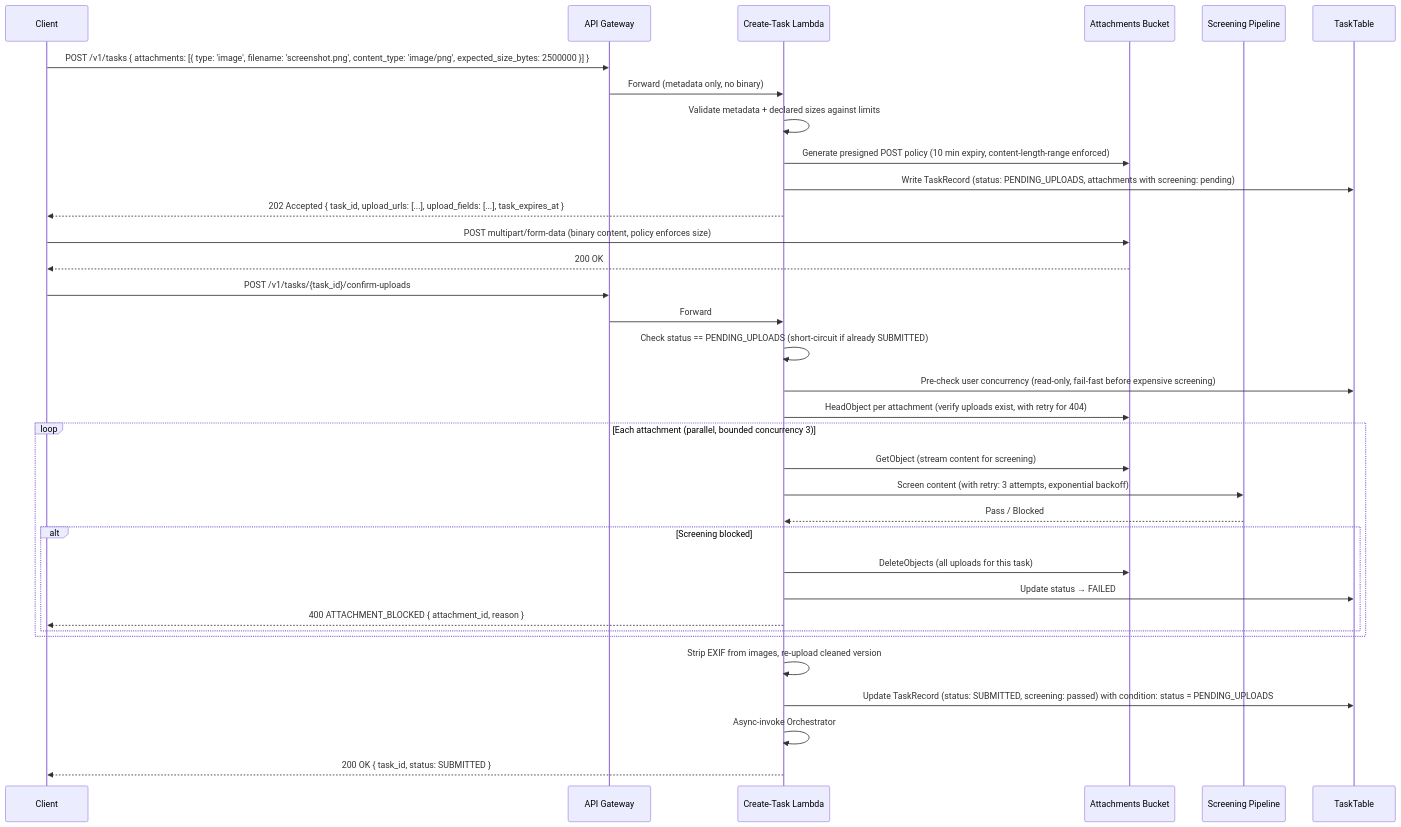
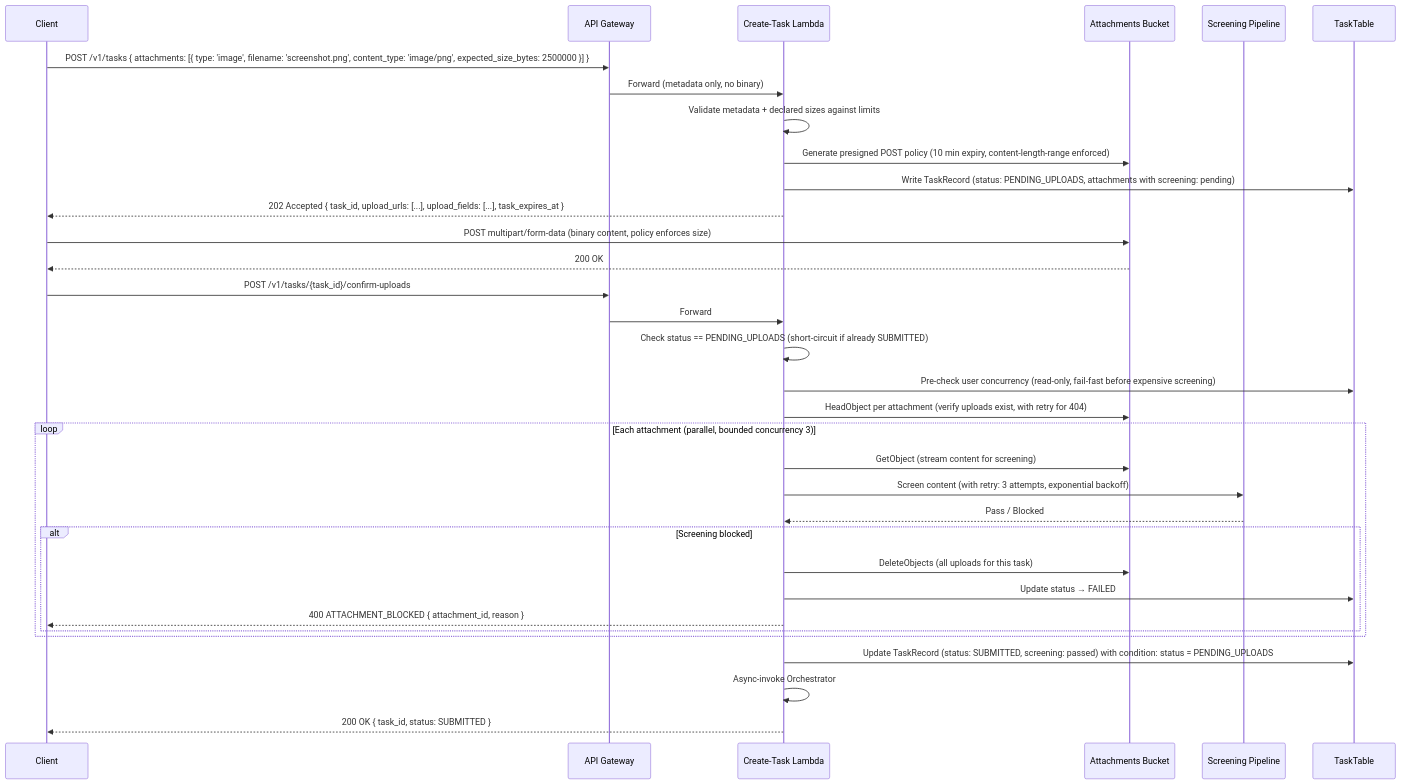
The first of 6 diagrams in docs/design/ATTACHMENTS.md (aws-samples/sample-autonomous-cloud-coding-agents), drawn with Mermaid before and after one commit. The commit also changed other lines of this file and 25 other files, not shown here.

````diff
--- a/docs/design/ATTACHMENTS.md
+++ b/docs/design/ATTACHMENTS.md
@@ -213,39 +213,38 @@
 ```mermaid
 sequenceDiagram
     participant C as Client
     participant GW as API Gateway
     participant H as Create-Task Lambda
     participant S3 as Attachments Bucket
     participant SCR as Screening Pipeline
     participant DB as TaskTable
 
     C->>GW: POST /v1/tasks { attachments: [{ type: 'image', filename: 'screenshot.png', content_type: 'image/png', expected_size_bytes: 2500000 }] }
     GW->>H: Forward (metadata only, no binary)
     H->>H: Validate metadata + declared sizes against limits
     H->>S3: Generate presigned POST policy (10 min expiry, content-length-range enforced)
     H->>DB: Write TaskRecord (status: PENDING_UPLOADS, attachments with screening: pending)
     H-->>C: 202 Accepted { task_id, upload_urls: [...], upload_fields: [...], task_expires_at }
 
     C->>S3: POST multipart/form-data (binary content, policy enforces size)
     S3-->>C: 200 OK
 
     C->>GW: POST /v1/tasks/{task_id}/confirm-uploads
     GW->>H: Forward
     H->>H: Check status == PENDING_UPLOADS (short-circuit if already SUBMITTED)
     H->>DB: Pre-check user concurrency (read-only, fail-fast before expensive screening)
     H->>S3: HeadObject per attachment (verify uploads exist, with retry for 404)
     loop Each attachment (parallel, bounded concurrency 3)
         H->>S3: GetObject (stream content for screening)
         H->>SCR: Screen content (with retry: 3 attempts, exponential backoff)
         SCR-->>H: Pass / Blocked
         alt Screening blocked
             H->>S3: DeleteObjects (all uploads for this task)
             H->>DB: Update status → FAILED
             H-->>C: 400 ATTACHMENT_BLOCKED { attachment_id, reason }
         end
     end
-    H->>H: Strip EXIF from images, re-upload cleaned version
     H->>DB: Update TaskRecord (status: SUBMITTED, screening: passed) with condition: status = PENDING_UPLOADS
     H->>H: Async-invoke Orchestrator
     H-->>C: 200 OK { task_id, status: SUBMITTED }
 ```
````
